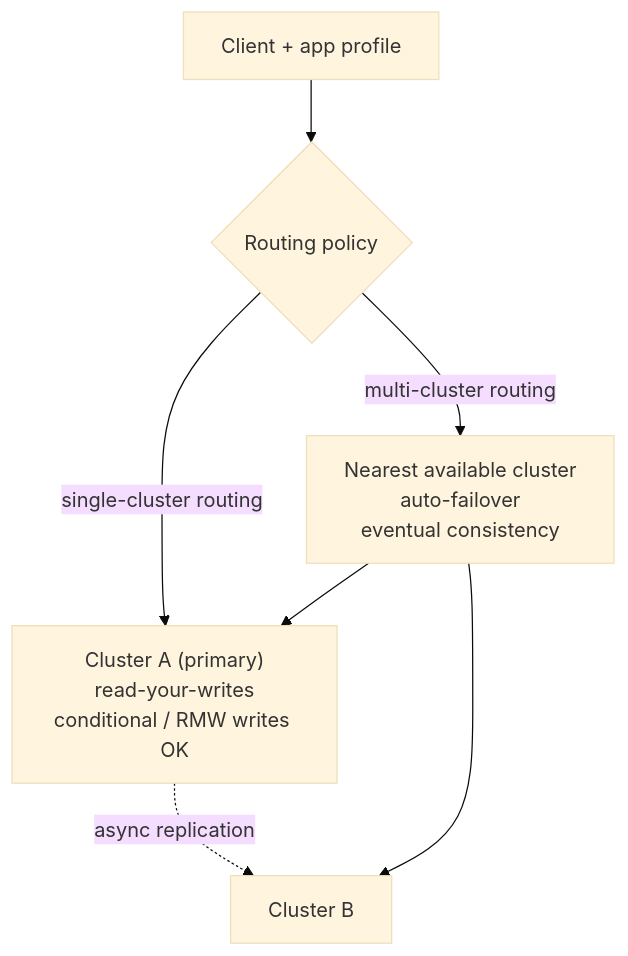
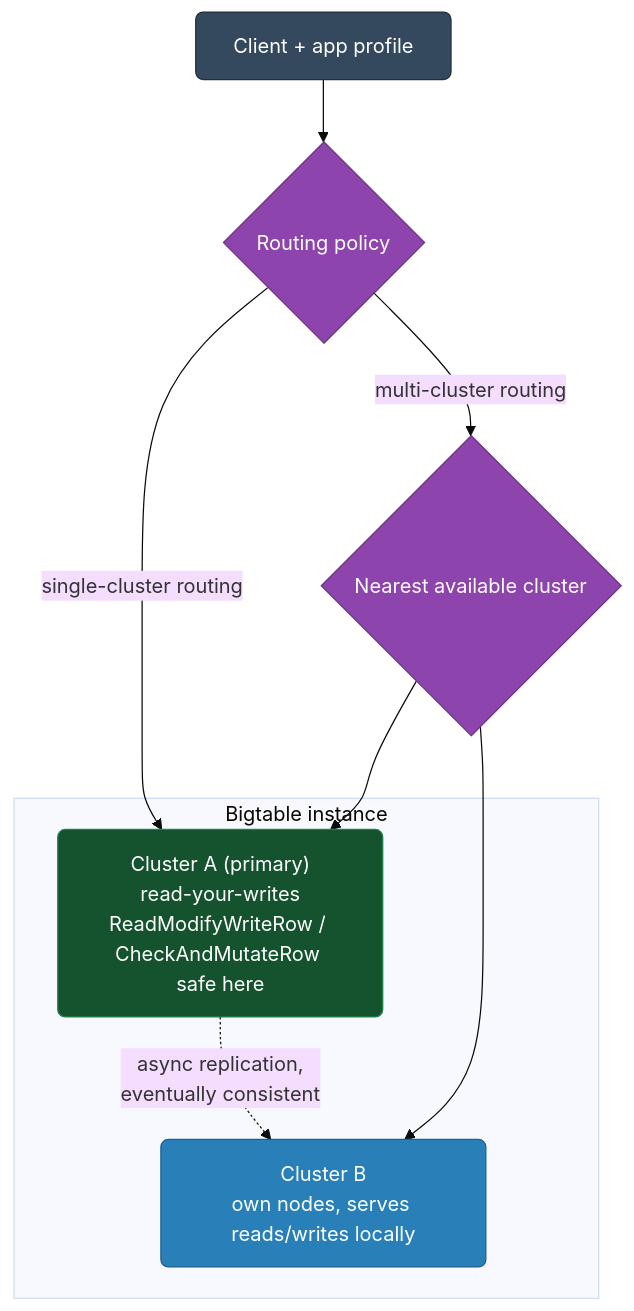
One commit to deepanshu-rawat6/DevOpsIndex changed the fifth of 5 diagrams in gcp/bigtable.md. Above: the diagram before and after it, drawn with Mermaid (base theme). The commit also changed other lines of this file and 14 other files, not shown here.

````diff
--- a/gcp/bigtable.md
+++ b/gcp/bigtable.md
@@ -191,9 +316,19 @@
 ```mermaid
 graph TD
-    APP["Client + app profile"] --> ROUTE{"Routing policy"}
-    ROUTE -->|"single-cluster routing"| C1["Cluster A (primary)<br>read-your-writes<br>conditional / RMW writes OK"]
-    ROUTE -->|"multi-cluster routing"| LB["Nearest available cluster<br>auto-failover<br>eventual consistency"]
+    classDef app fill:#34495e,stroke:#212f3c,color:#fff,rx:6
+    classDef route fill:#8e44ad,stroke:#6c3483,color:#fff,rx:6
+    classDef primary fill:#14532d,stroke:#1e8449,color:#fff,rx:6
+    classDef secondary fill:#2980b9,stroke:#1f618d,color:#fff,rx:6
+
+    APP["Client + app profile"]:::app --> ROUTE{"Routing policy"}:::route
+    ROUTE -->|"single-cluster routing"| C1
+    ROUTE -->|"multi-cluster routing"| LB{"Nearest available cluster"}:::route
     LB --> C1
-    LB --> C2["Cluster B"]
-    C1 -.->|"async replication"| C2
+    LB --> C2
+
+    subgraph INSTANCE["Bigtable instance"]
+        C1["Cluster A (primary)<br/>read-your-writes<br/>ReadModifyWriteRow / CheckAndMutateRow safe here"]:::primary
+        C2["Cluster B<br/>own nodes, serves reads/writes locally"]:::secondary
+        C1 -.->|"async replication,<br/>eventually consistent"| C2
+    end
 ```
````
